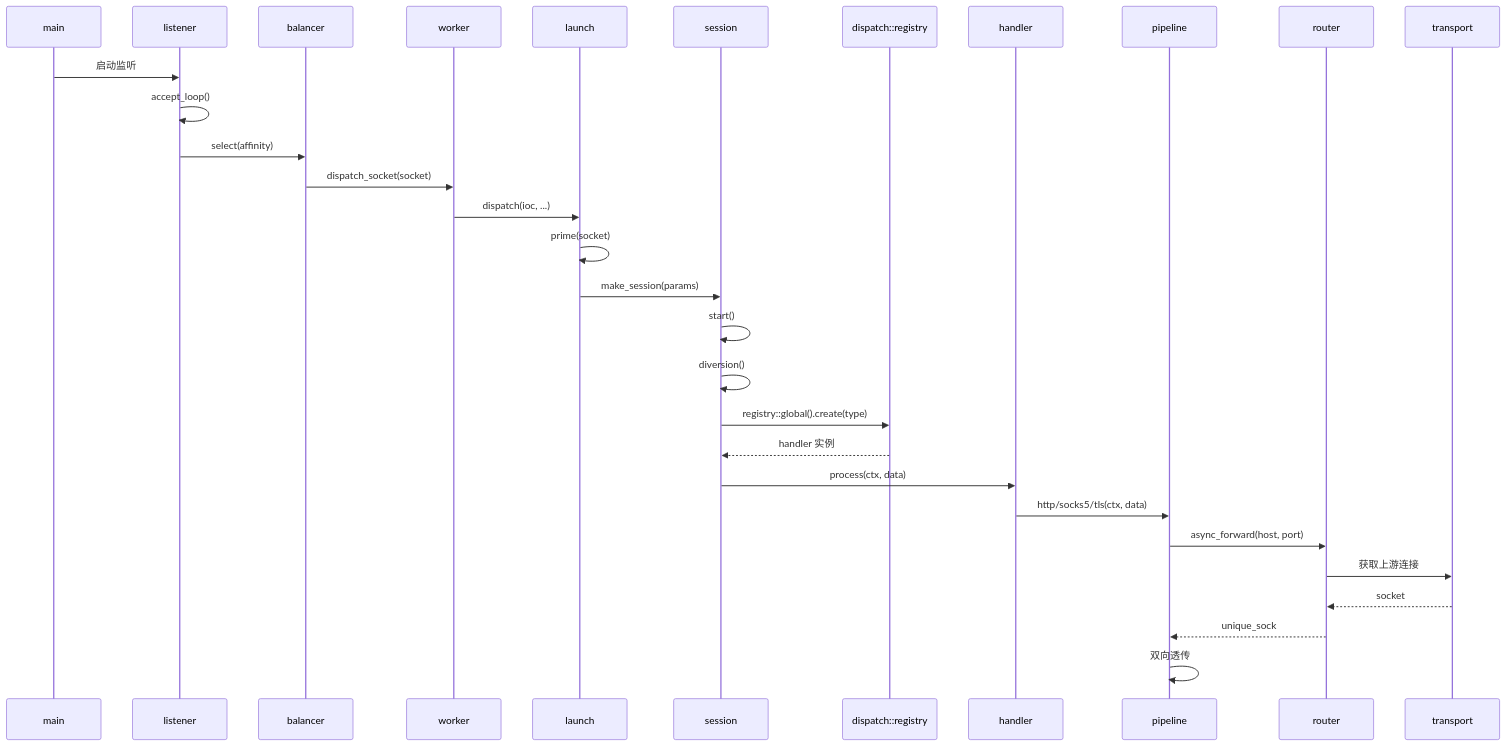
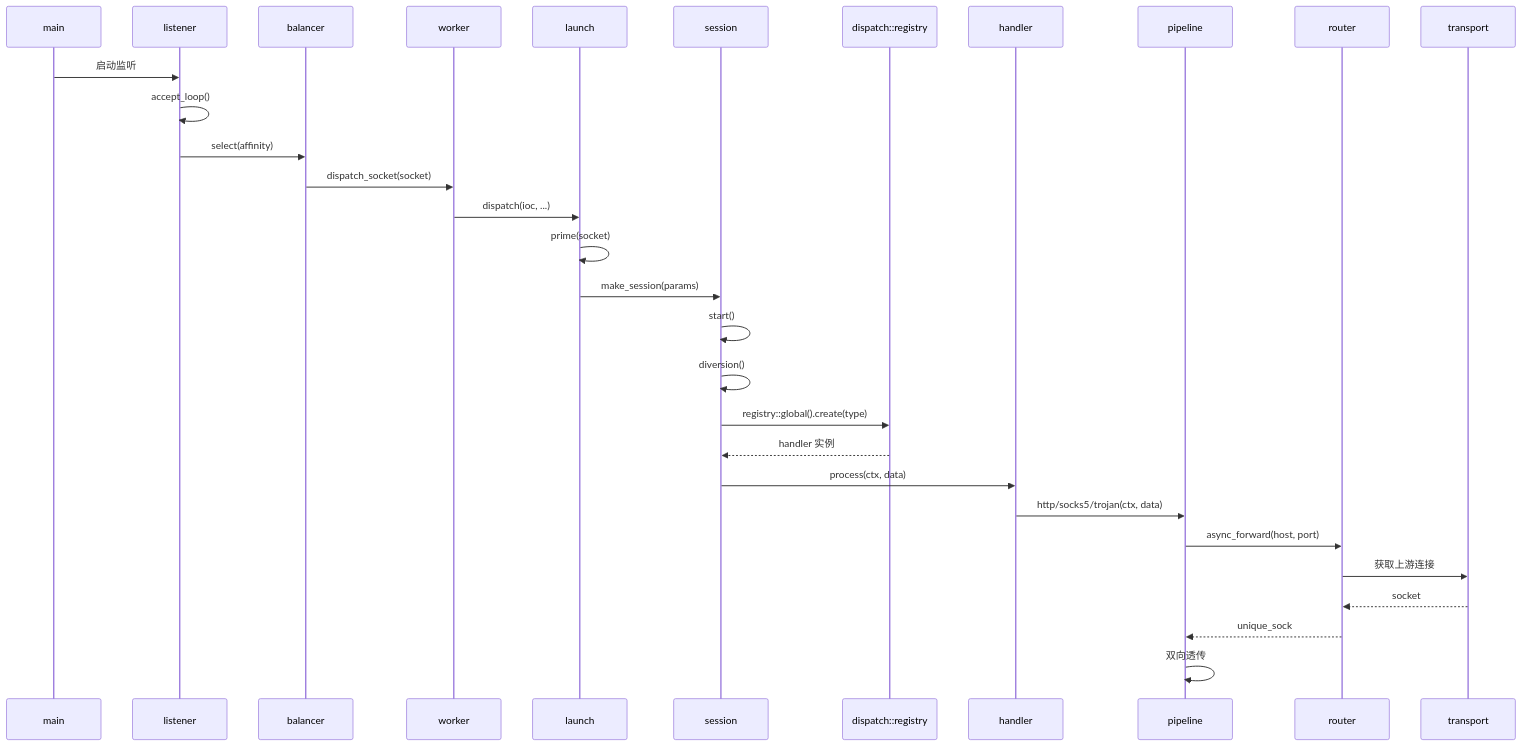
One commit to Hatedatastructures/Prism changed the third of 3 diagrams in docs/reference/dependencies.md. Above: the diagram before and after it, drawn with Mermaid. The commit also changed other lines of this file and 23 other files, not shown here.

````diff
--- a/docs/reference/dependencies.md
+++ b/docs/reference/dependencies.md
@@ -124,33 +125,33 @@
 ```mermaid
 sequenceDiagram
     participant main as main
     participant listener as listener
     participant balancer as balancer
     participant worker as worker
     participant launch as launch
     participant session as session
     participant dispatch as dispatch::registry
     participant handler as handler
     participant pipeline as pipeline
     participant router as router
     participant transport as transport
 
     main->>listener: 启动监听
     listener->>listener: accept_loop()
     listener->>balancer: select(affinity)
     balancer->>worker: dispatch_socket(socket)
     worker->>launch: dispatch(ioc, ...)
     launch->>launch: prime(socket)
     launch->>session: make_session(params)
     session->>session: start()
     session->>session: diversion()
     session->>dispatch: registry::global().create(type)
     dispatch-->>session: handler 实例
     session->>handler: process(ctx, data)
-    handler->>pipeline: http/socks5/tls(ctx, data)
+    handler->>pipeline: http/socks5/trojan(ctx, data)
     pipeline->>router: async_forward(host, port)
     router->>transport: 获取上游连接
     transport-->>router: socket
     router-->>pipeline: unique_sock
     pipeline->>pipeline: 双向透传
 ```
````
